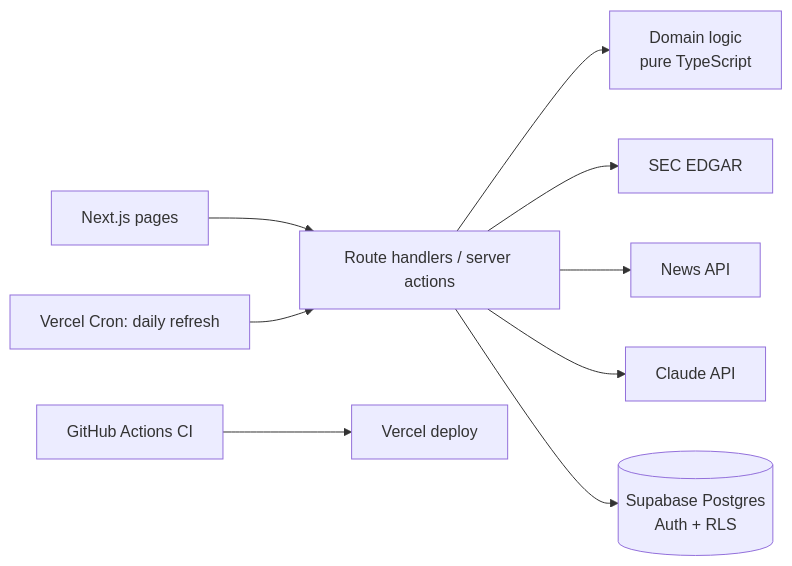
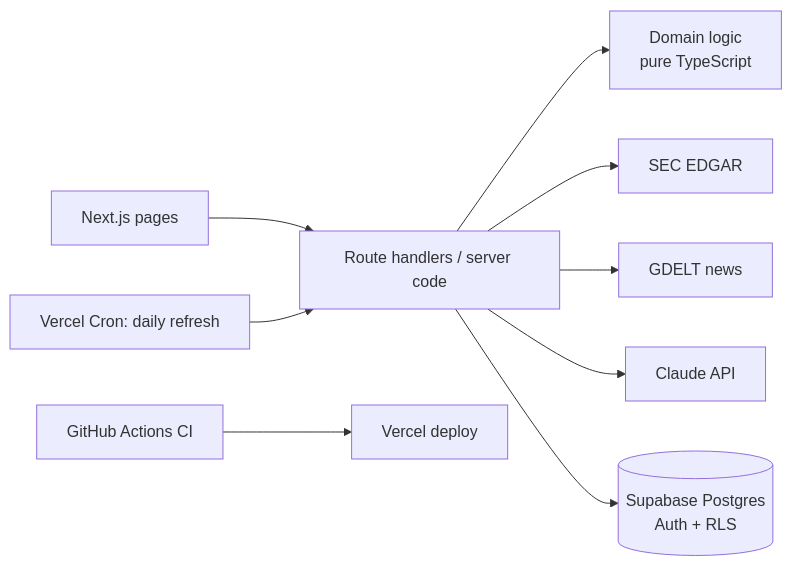
The diagram in docs/PRD.md (irisonly9716/finlens), drawn with Mermaid before and after one commit. The commit also changed other lines of this file and 2 other files, not shown here.

````diff
--- a/docs/PRD.md
+++ b/docs/PRD.md
@@ -164,11 +178,11 @@
 ```mermaid
 graph LR
-  UI[Next.js pages] --> API[Route handlers / server actions]
+  UI[Next.js pages] --> API[Route handlers / server code]
   API --> DOM[Domain logic<br/>pure TypeScript]
   API --> SEC[SEC EDGAR]
-  API --> NEWS[News API]
+  API --> NEWS[GDELT news]
   API --> LLM[Claude API]
   API --> DB[(Supabase Postgres<br/>Auth + RLS)]
   CRON[Vercel Cron: daily refresh] --> API
   GH[GitHub Actions CI] --> VERCEL[Vercel deploy]
 ```
````
